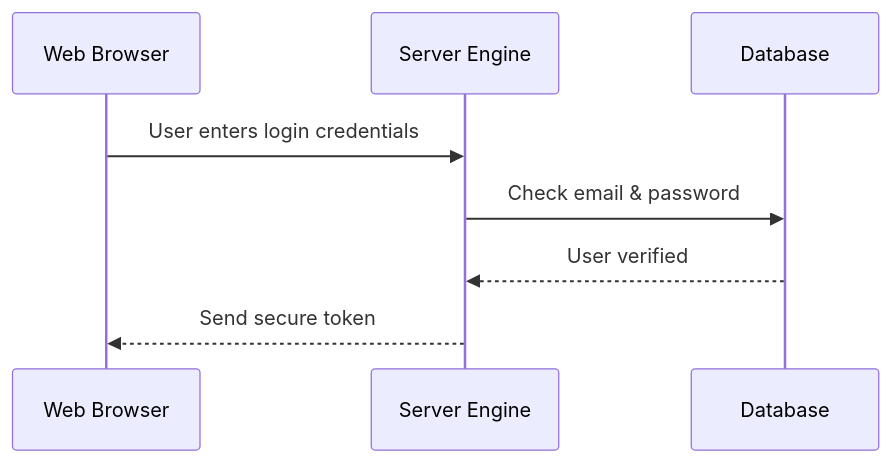
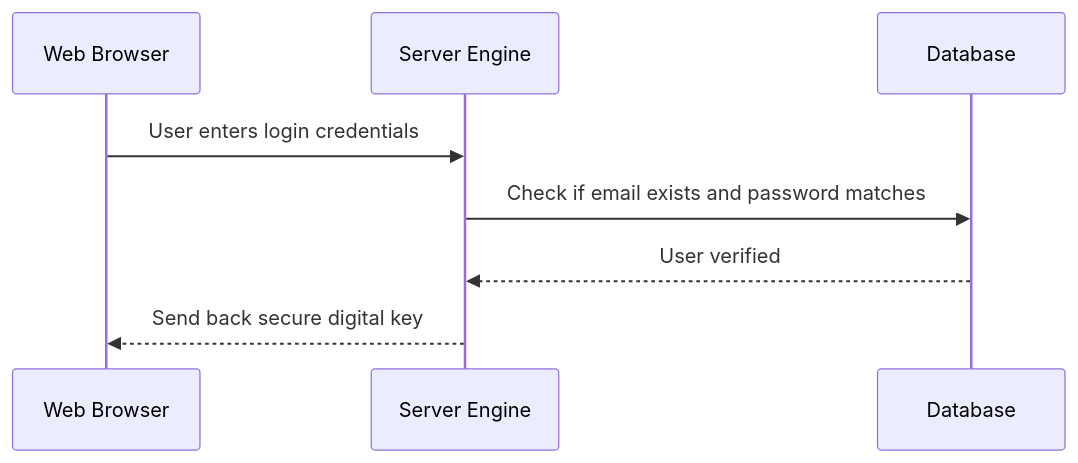
Before and after one commit to Ashishmehta108/video-app: the second of 6 diagrams in HOW_IT_WORKS.md, drawn with Mermaid. The commit also changed other lines of this file, not shown here.

Commit message:
Optimize Mermaid diagrams in HOW_IT_WORKS.md for PDF export compatibility

````diff
--- a/HOW_IT_WORKS.md
+++ b/HOW_IT_WORKS.md
@@ -42,11 +41,11 @@
 ```mermaid
 sequenceDiagram
     participant Browser as Web Browser
     participant Server as Server Engine
     participant DB as Database
     
     Browser->>Server: User enters login credentials
-    Server->>DB: Check email & password
+    Server->>DB: Check if email exists and password matches
     DB-->>Server: User verified
-    Server-->>Browser: Send secure token
+    Server-->>Browser: Send back secure digital key
 ```
````
